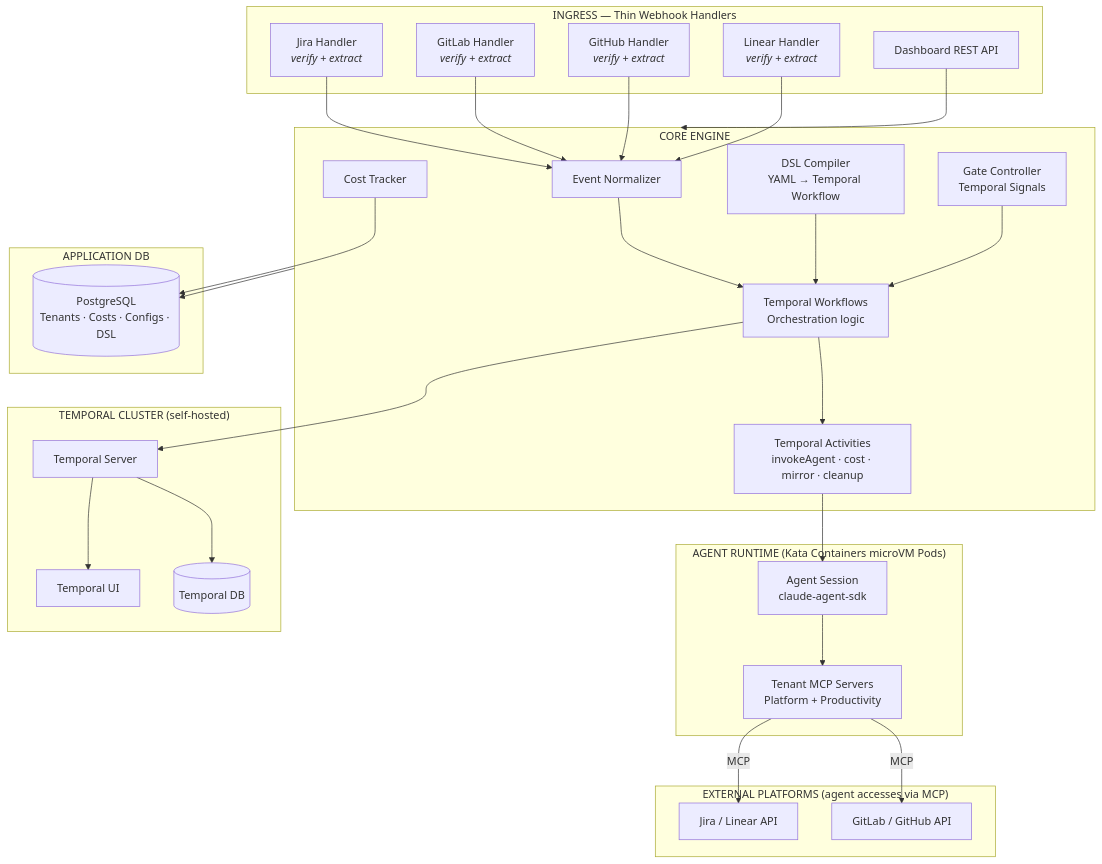
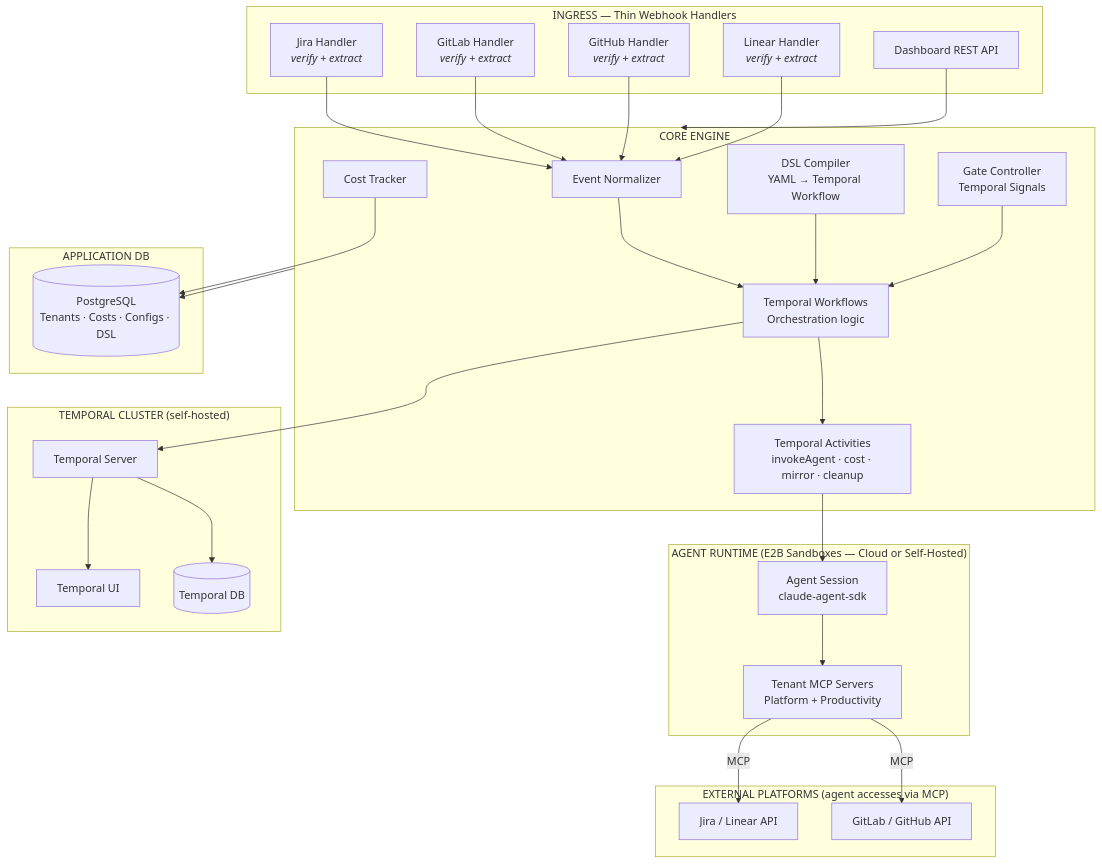
The diagram in docs/specs/architecture.md (nmime/ai-sdlc-orchestrator), drawn with Mermaid before and after one commit. The commit also changed other lines of this file and 7 other files, not shown here.

````diff
--- a/docs/specs/architecture.md
+++ b/docs/specs/architecture.md
@@ -15,61 +15,61 @@
 ```mermaid
 graph TB
     subgraph Ingress["INGRESS — Thin Webhook Handlers"]
         JH[Jira Handler<br><i>verify + extract</i>]
         GLH[GitLab Handler<br><i>verify + extract</i>]
         GHH[GitHub Handler<br><i>verify + extract</i>]
         LH[Linear Handler<br><i>verify + extract</i>]
         API[Dashboard REST API]
     end
 
     subgraph Core["CORE ENGINE"]
         EN[Event Normalizer]
         DSL[DSL Compiler<br>YAML → Temporal Workflow]
         TW[Temporal Workflows<br>Orchestration logic]
         TA[Temporal Activities<br>invokeAgent · cost · mirror · cleanup]
         CT[Cost Tracker]
         GC[Gate Controller<br>Temporal Signals]
     end
 
-    subgraph AgentRuntime["AGENT RUNTIME (Kata Containers microVM Pods)"]
+    subgraph AgentRuntime["AGENT RUNTIME (E2B Sandboxes — Cloud or Self-Hosted)"]
         AS[Agent Session<br>claude-agent-sdk]
         MCP[Tenant MCP Servers<br>Platform + Productivity]
     end
 
     subgraph External["EXTERNAL PLATFORMS (agent accesses via MCP)"]
         JiraAPI[Jira / Linear API]
         GLAPI[GitLab / GitHub API]
     end
 
     subgraph TemporalCluster["TEMPORAL CLUSTER (self-hosted)"]
         TS[Temporal Server]
         TUI[Temporal UI]
         TDB[(Temporal DB)]
     end
 
     subgraph AppDB["APPLICATION DB"]
         PG[(PostgreSQL<br>Tenants · Costs · Configs · DSL)]
     end
 
     JH --> EN
     GLH --> EN
     GHH --> EN
     LH --> EN
     API --> Core
 
     EN --> TW
     DSL --> TW
     TW --> TA
     TA --> AS
 
     AS --> MCP
     MCP -->|MCP| JiraAPI
     MCP -->|MCP| GLAPI
 
     CT --> PG
     GC --> TW
     TW --> TS
     TS --> TDB
     TS --> TUI
     Core --> PG
 ```
````
